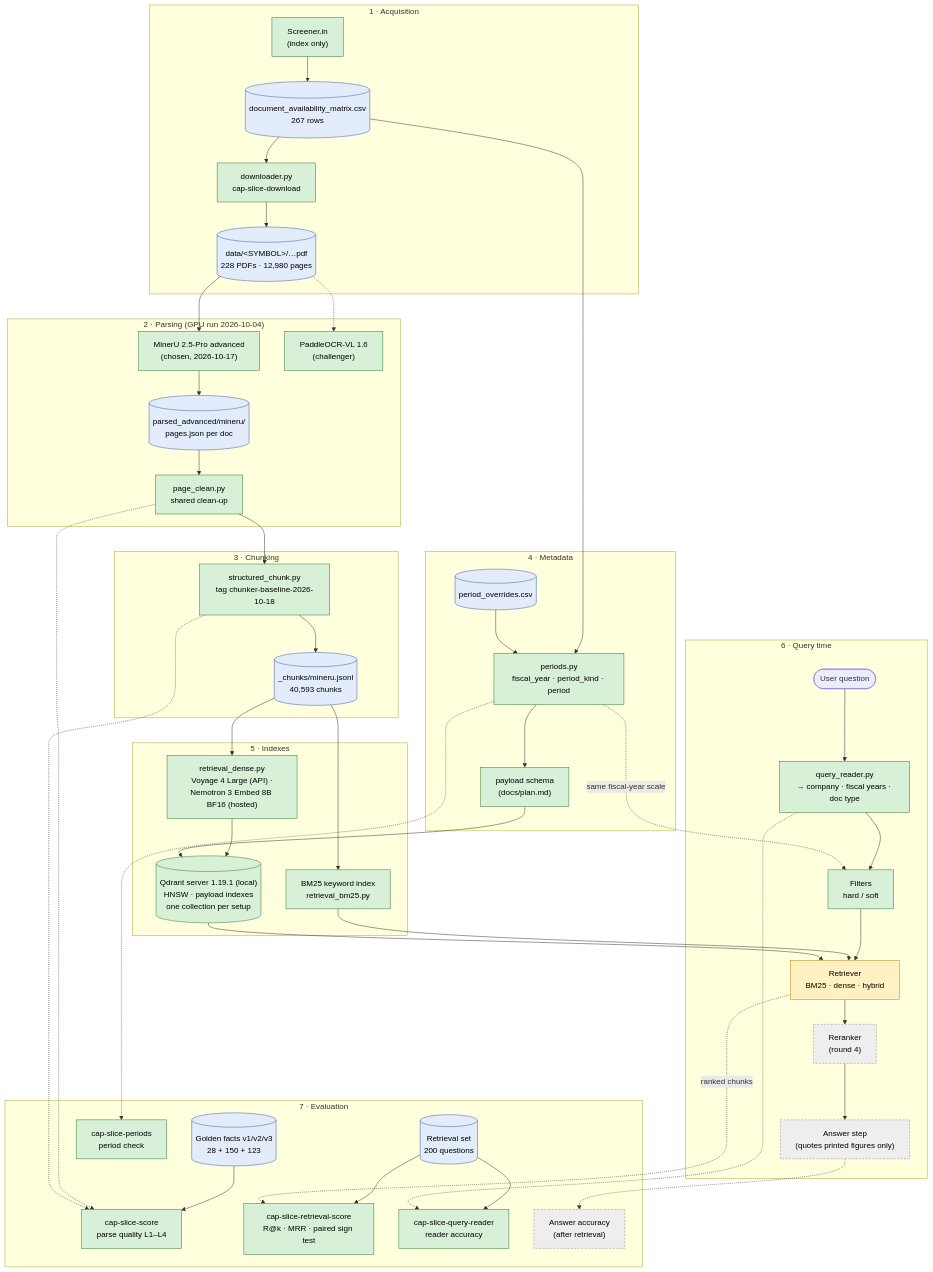
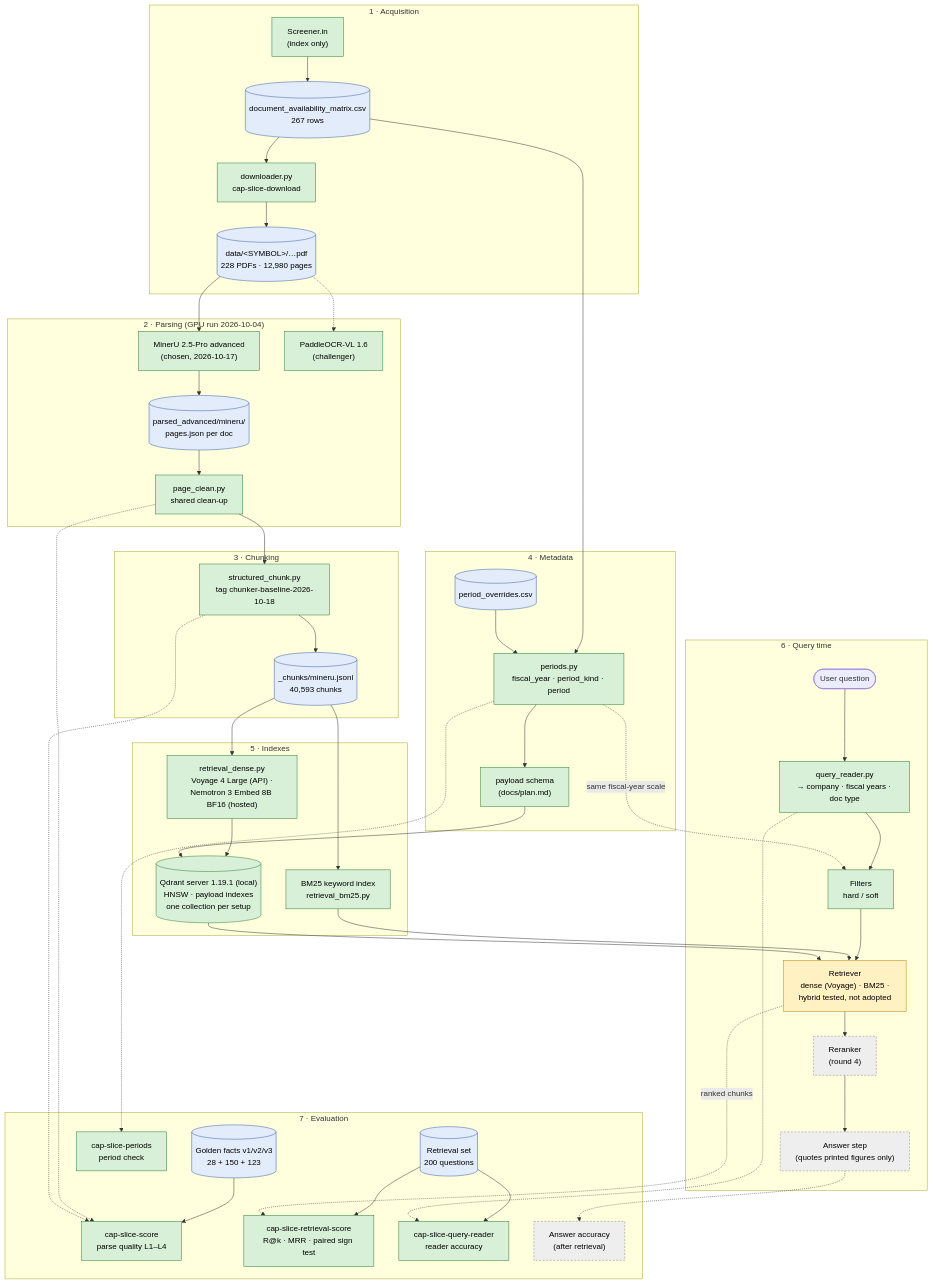
The diagram in docs/architecture.md (Tamil-Selvan-Murugesan/cap-slice), drawn with Mermaid before and after one commit. The commit also changed other lines of this file and 114 other files, not shown here.

Commit message:
Hybrid BM25 + dense search (RRF, DBSF): tested, not adopted

```diff
--- a/docs/architecture.md
+++ b/docs/architecture.md
@@ -57,7 +57,7 @@
         Q(["User question"])
         QR["query_reader.py<br/>→ company · fiscal years · doc type"]
         FIL["Filters<br/>hard / soft"]
-        RET["Retriever<br/>BM25 · dense · hybrid"]
+        RET["Retriever<br/>dense (Voyage) · BM25 ·<br/>hybrid tested, not adopted"]
         RR["Reranker<br/>(round 4)"]
         ANS["Answer step<br/>(quotes printed figures only)"]
         Q --> QR --> FIL --> RET --> RR --> ANS
```
